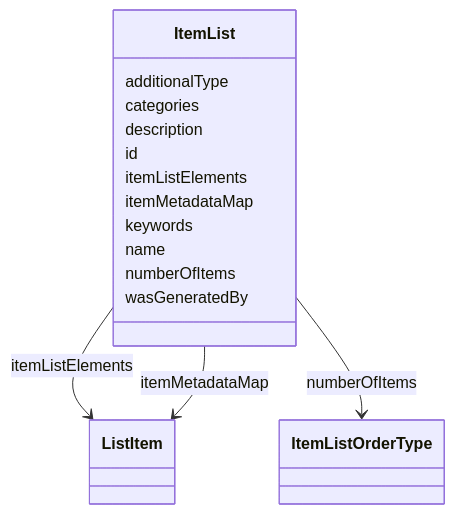
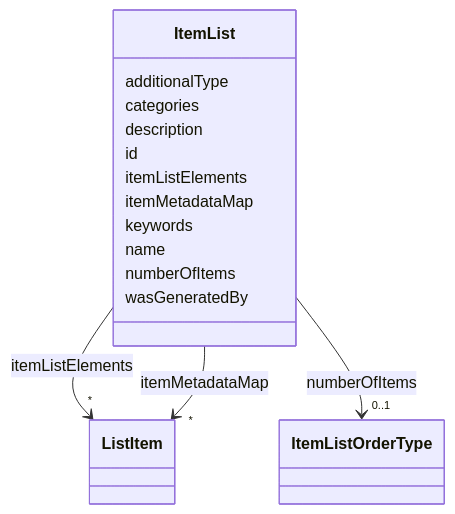
One commit to INCATools/ontology-access-kit changed the diagram in item-list/ItemList.md. Above: the diagram before and after it, drawn with Mermaid. The commit also changed other lines of this file and 3329 other files, not shown here.

````diff
--- a/item-list/ItemList.md
+++ b/item-list/ItemList.md
@@ -17,31 +19,47 @@
 ```{mermaid}
  classDiagram
     class ItemList
+    click ItemList href "../ItemList"
       ItemList : additionalType
         
       ItemList : categories
         
       ItemList : description
         
       ItemList : id
         
       ItemList : itemListElements
         
-          ItemList --> ListItem : itemListElements
+          
+    
+    
+    ItemList --> "*" ListItem : itemListElements
+    click ListItem href "../ListItem"
+
         
       ItemList : itemMetadataMap
         
-          ItemList --> ListItem : itemMetadataMap
+          
+    
+    
+    ItemList --> "*" ListItem : itemMetadataMap
+    click ListItem href "../ListItem"
+
         
       ItemList : keywords
         
       ItemList : name
         
       ItemList : numberOfItems
         
-          ItemList --> ItemListOrderType : numberOfItems
+          
+    
+    
+    ItemList --> "0..1" ItemListOrderType : numberOfItems
+    click ItemListOrderType href "../ItemListOrderType"
+
         
       ItemList : wasGeneratedBy
         
       
 ```
````
